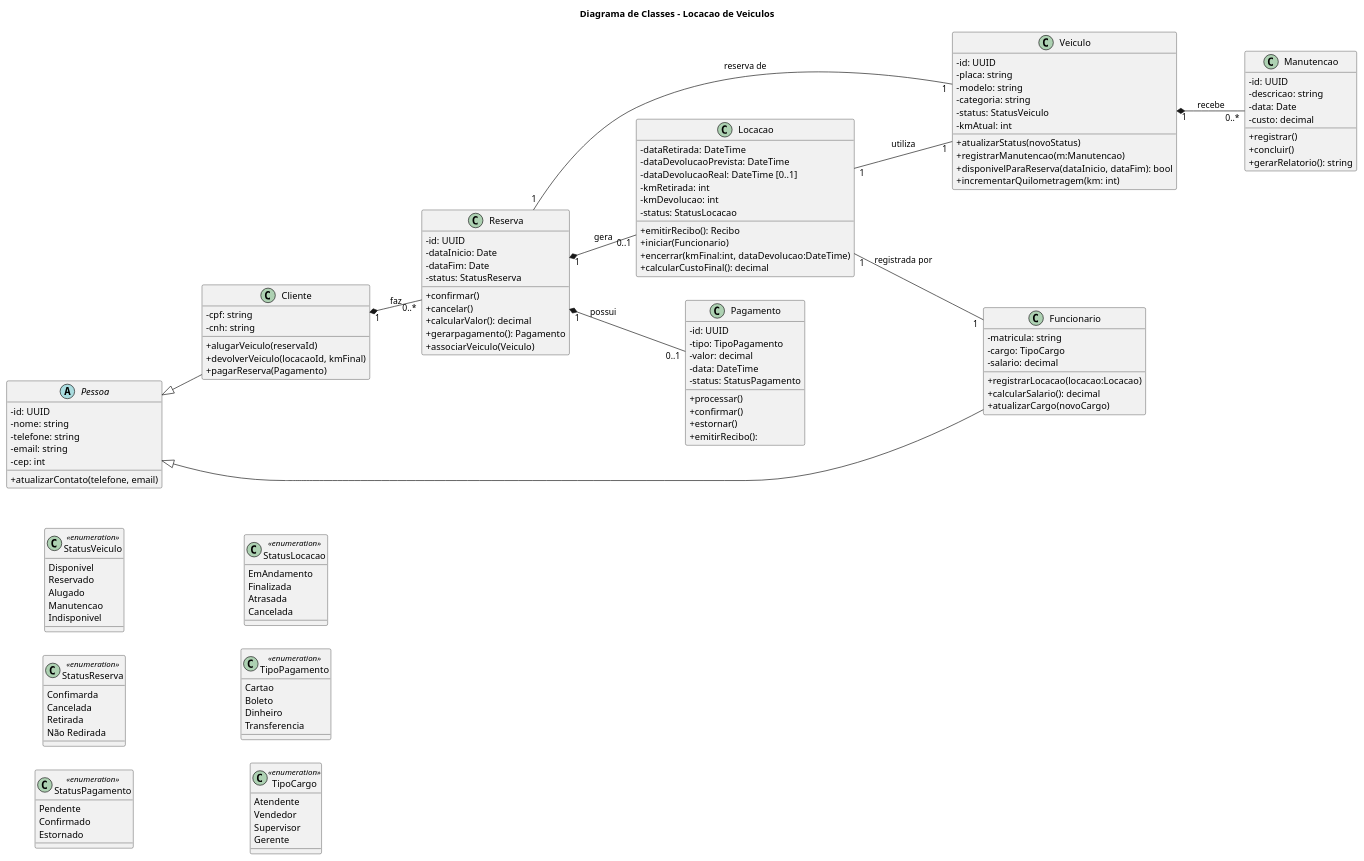
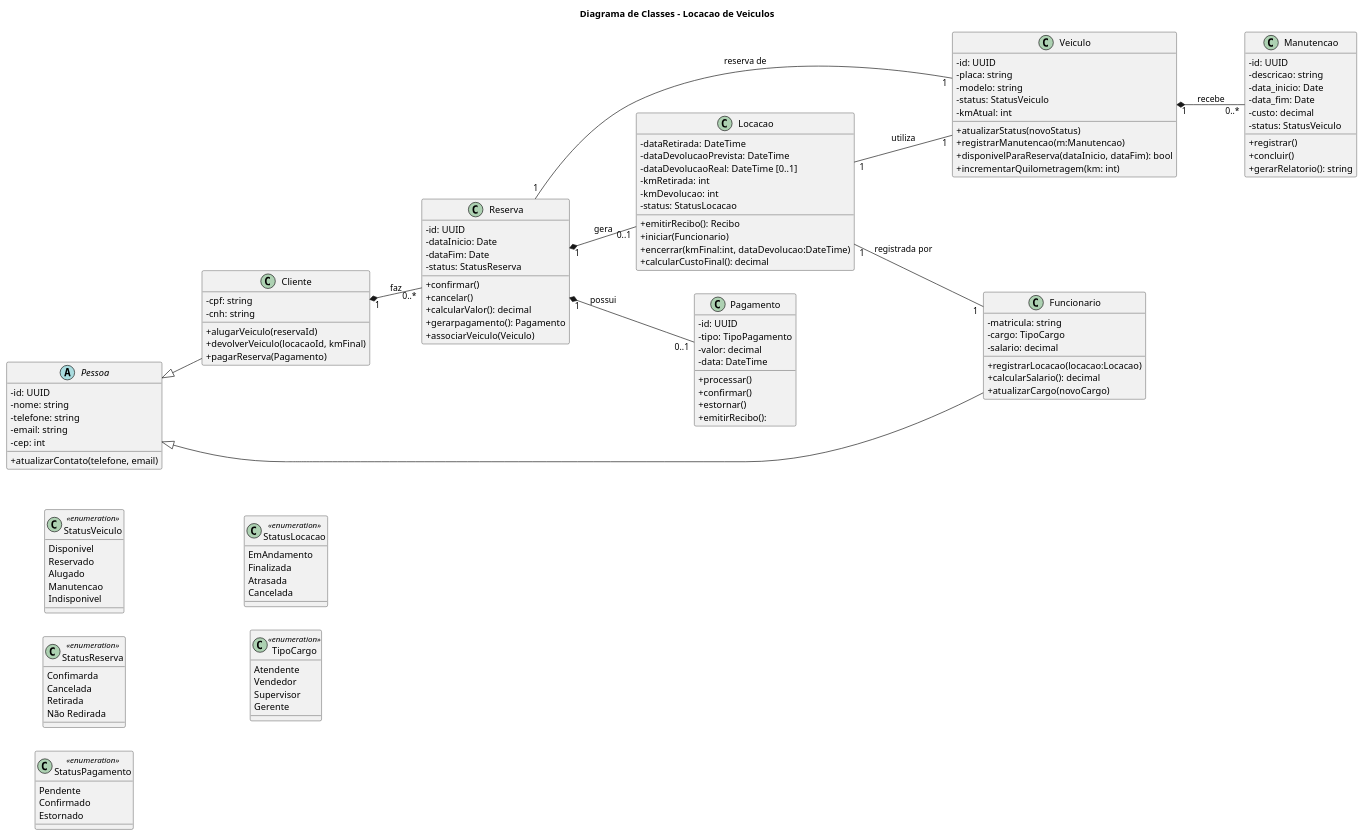
One commit to sinval-jr/ufg_locadora changed the diagram in docs/Locacao.plantuml. Above: the diagram before and after it, drawn with PlantUML.

```diff
--- a/docs/Locacao.plantuml
+++ b/docs/Locacao.plantuml
@@ -1,173 +1,166 @@
 @startuml Diagrama de Classes - Locacao de Veiculos
 title Diagrama de Classes - Locacao de Veiculos
 
 '========================
 'FORMATAÇÃO
 '========================
 'Se quiser que ela vá da esquerda pra direita na imagem final só tirar os ' '
 left to right direction
 'Pra ficar com + e - na imagem ao invés de quadrados'
 skinparam classAttributeIconSize 0 
 
 '========================
 ' ENUMS
 '========================
 
 class StatusVeiculo <<enumeration>> {
   Disponivel
   Reservado
   Alugado
   Manutencao
   Indisponivel
 }
 
 class StatusReserva <<enumeration>> {
   Confimarda
   Cancelada
   Retirada 
   Não Redirada
 }
 
 class StatusPagamento <<enumeration>> {
   Pendente
   Confirmado
   Estornado
 }
 
 class StatusLocacao <<enumeration>> {
   EmAndamento
   Finalizada
   Atrasada
   Cancelada
-}
-
-class TipoPagamento <<enumeration>> {
-  Cartao
-  Boleto
-  Dinheiro
-  Transferencia
 }
 
 class TipoCargo <<enumeration>> {
   Atendente
   Vendedor
   Supervisor
   Gerente
 }
 
 '========================
 ' SUPERCLASSES
 '========================
 abstract class Pessoa {
   - id: UUID
   - nome: string
   - telefone: string
   - email: string
   - cep: int
   + atualizarContato(telefone, email)
 }
 
 '========================
 ' CLASSES
 '========================
 class Cliente {
   - cpf: string
   - cnh: string
   + alugarVeiculo(reservaId)
   + devolverVeiculo(locacaoId, kmFinal)
   + pagarReserva(Pagamento)
 }
 
 class Funcionario {
   - matricula: string
   - cargo: TipoCargo
   - salario: decimal
   + registrarLocacao(locacao:Locacao)
   + calcularSalario(): decimal
   + atualizarCargo(novoCargo)
 }
 
 class Veiculo {
   - id: UUID
   - placa: string
   - modelo: string
-  - categoria: string
   - status: StatusVeiculo
   - kmAtual: int
   + atualizarStatus(novoStatus)
   + registrarManutencao(m:Manutencao)
   + disponivelParaReserva(dataInicio, dataFim): bool
   + incrementarQuilometragem(km: int)
 }
 
 class Reserva {
   - id: UUID
   - dataInicio: Date
   - dataFim: Date
   - status: StatusReserva
   + confirmar()
   + cancelar()
   + calcularValor(): decimal
   + gerarpagamento(): Pagamento
   + associarVeiculo(Veiculo)
 }
 
 class Locacao {
   - dataRetirada: DateTime
   - dataDevolucaoPrevista: DateTime
   - dataDevolucaoReal: DateTime [0..1]
   - kmRetirada: int
   - kmDevolucao: int 
   - status: StatusLocacao
   + emitirRecibo(): Recibo
   + iniciar(Funcionario)
   + encerrar(kmFinal:int, dataDevolucao:DateTime)
   + calcularCustoFinal(): decimal
 }
 
 class Pagamento {
   - id: UUID
   - tipo: TipoPagamento
   - valor: decimal
   - data: DateTime
-  - status: StatusPagamento
   + processar()
   + confirmar()
   + estornar()
   + emitirRecibo():
 }
 
 class Manutencao {
   - id: UUID
   - descricao: string
-  - data: Date
+  - data_inicio: Date
+  - data_fim: Date
   - custo: decimal
+  - status: StatusVeiculo
   + registrar()
   + concluir()
   + gerarRelatorio(): string
 }
 
 '========================
 ' HERANÇAS
 '========================
 Pessoa <|-- Cliente
 Pessoa <|-- Funcionario
 
 '========================
 ' COMPOSIÇÕES
 '========================
 Cliente "1" *-- "0..*" Reserva : faz
 Reserva "1" *-- "0..1" Pagamento : possui
 Reserva "1" *-- "0..1" Locacao : gera
 Veiculo "1" *-- "0..*" Manutencao : recebe 
 
 
 '========================
 ' ASSOCIAÇÕES
 '========================
 Reserva "1" -- "1" Veiculo : reserva de
 Locacao "1" -- "1" Funcionario : registrada por
 Locacao "1" -- "1" Veiculo : utiliza
 
 'ALT + D"
 @enduml
```
